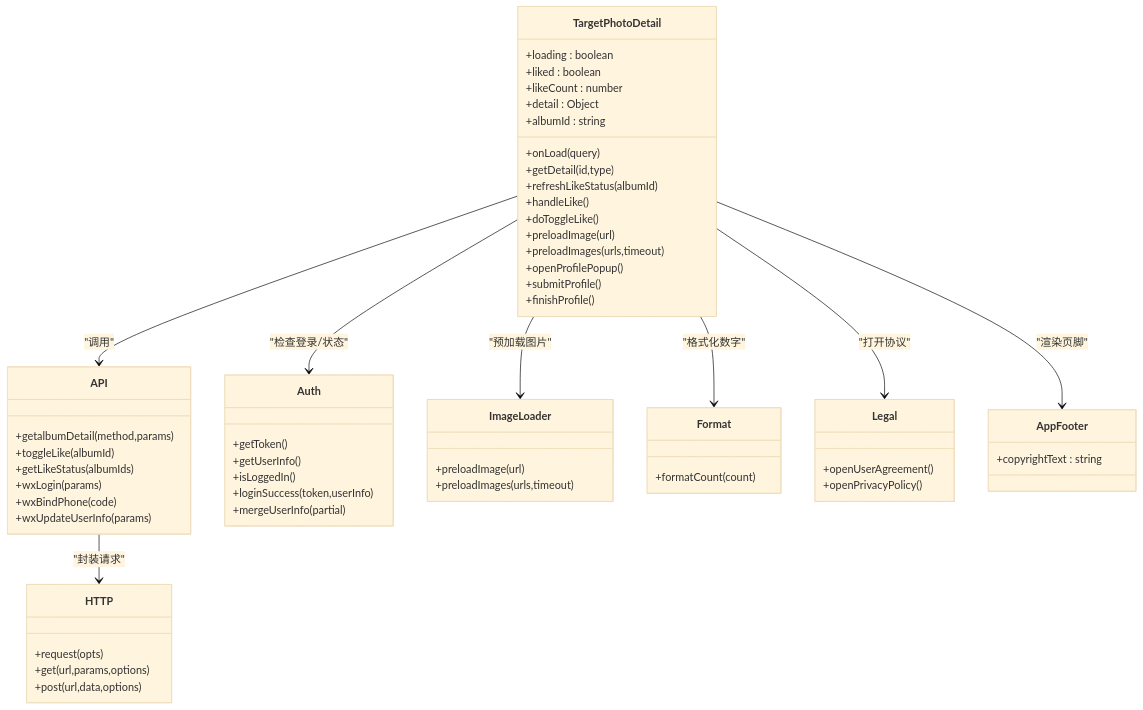
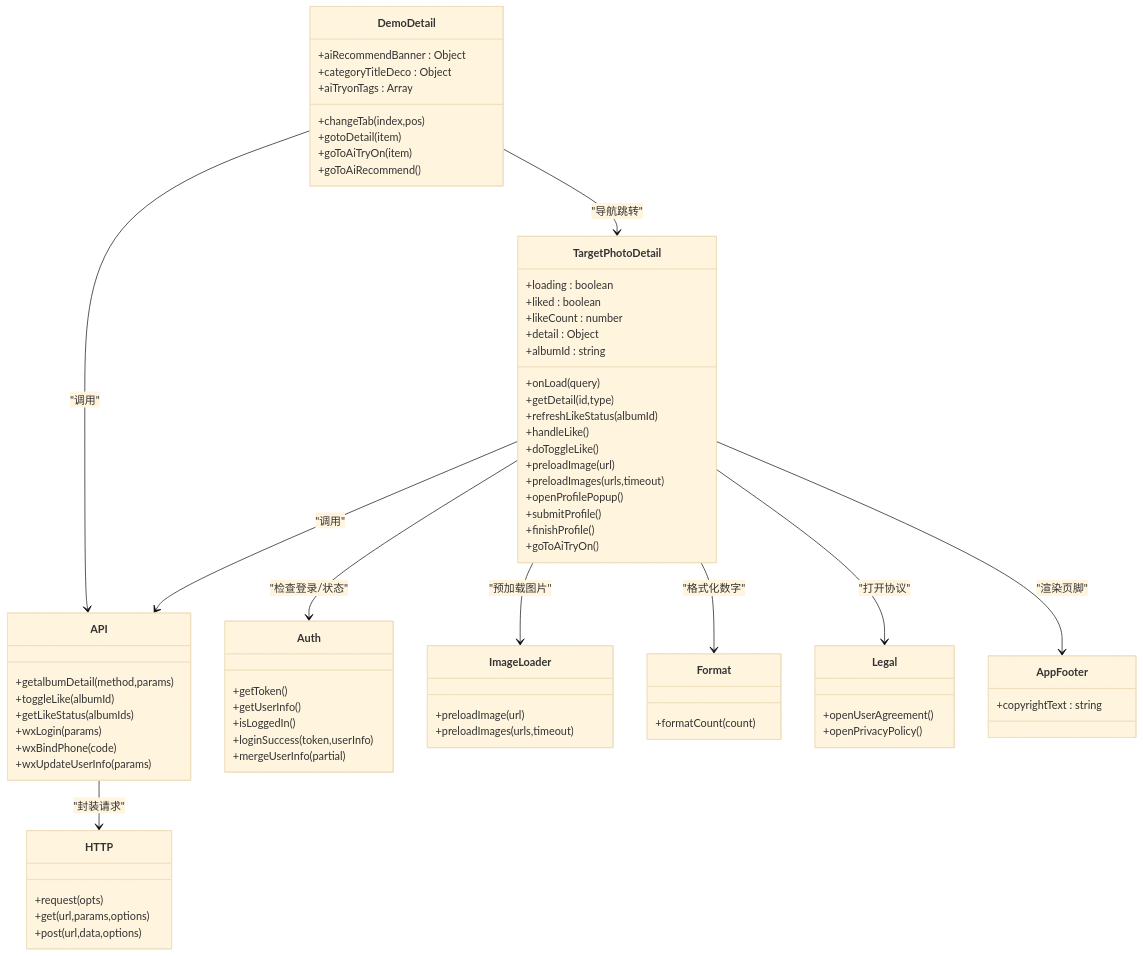
The fourth of 6 diagrams in .qoder/repowiki/zh/content/核心功能模块/客片管理系统/客片详情页面.md (crazyma99/blueberry), drawn with Mermaid (base theme) before and after one commit. The commit also changed other lines of this file and 79 other files, not shown here.

````diff
--- a/.qoder/repowiki/zh/content/核心功能模块/客片管理系统/客片详情页面.md
+++ b/.qoder/repowiki/zh/content/核心功能模块/客片管理系统/客片详情页面.md
@@ -212,61 +276,73 @@
 ```mermaid
 classDiagram
 class TargetPhotoDetail {
 +loading : boolean
 +liked : boolean
 +likeCount : number
 +detail : Object
 +albumId : string
 +onLoad(query)
 +getDetail(id,type)
 +refreshLikeStatus(albumId)
 +handleLike()
 +doToggleLike()
 +preloadImage(url)
 +preloadImages(urls,timeout)
 +openProfilePopup()
 +submitProfile()
 +finishProfile()
++goToAiTryOn()
+}
+class DemoDetail {
++aiRecommendBanner : Object
++categoryTitleDeco : Object
++aiTryonTags : Array
++changeTab(index,pos)
++gotoDetail(item)
++goToAiTryOn(item)
++goToAiRecommend()
 }
 class API {
 +getalbumDetail(method,params)
 +toggleLike(albumId)
 +getLikeStatus(albumIds)
 +wxLogin(params)
 +wxBindPhone(code)
 +wxUpdateUserInfo(params)
 }
 class HTTP {
 +request(opts)
 +get(url,params,options)
 +post(url,data,options)
 }
 class Auth {
 +getToken()
 +getUserInfo()
 +isLoggedIn()
 +loginSuccess(token,userInfo)
 +mergeUserInfo(partial)
 }
 class ImageLoader {
 +preloadImage(url)
 +preloadImages(urls,timeout)
 }
 class Format {
 +formatCount(count)
 }
 class Legal {
 +openUserAgreement()
 +openPrivacyPolicy()
 }
 class AppFooter {
 +copyrightText : string
 }
 TargetPhotoDetail --> API : "调用"
 TargetPhotoDetail --> Auth : "检查登录/状态"
 TargetPhotoDetail --> ImageLoader : "预加载图片"
 TargetPhotoDetail --> Format : "格式化数字"
 TargetPhotoDetail --> Legal : "打开协议"
 TargetPhotoDetail --> AppFooter : "渲染页脚"
+DemoDetail --> TargetPhotoDetail : "导航跳转"
+DemoDetail --> API : "调用"
 API --> HTTP : "封装请求"
 ```
````
